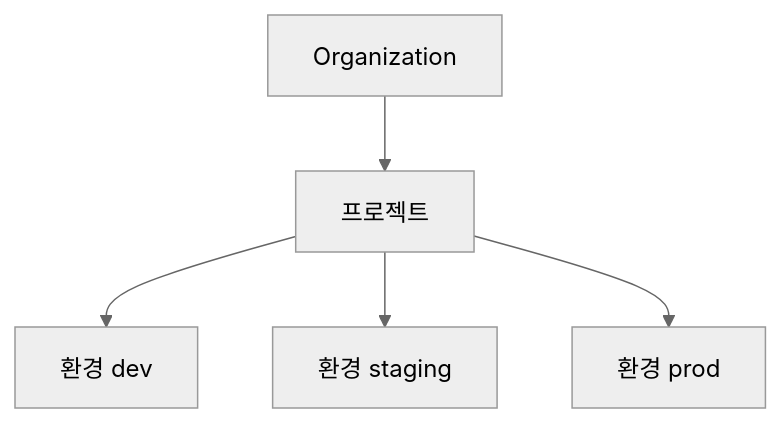
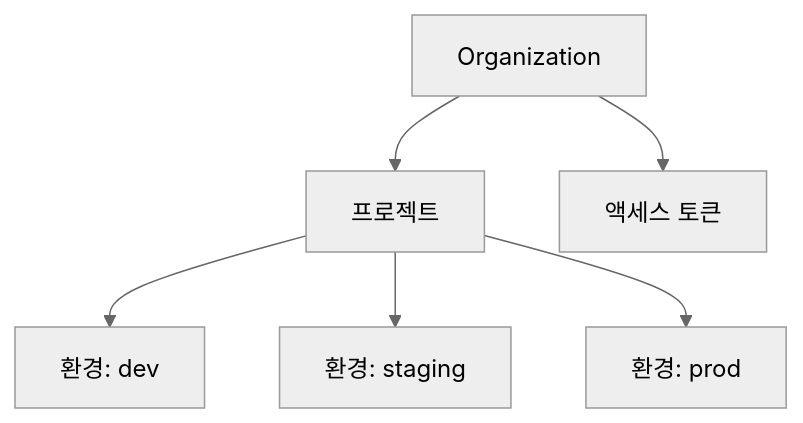
The first of 2 diagrams in ko/mcp/03-project-tools.md (popup-studio-ai/bkend-docs), drawn with Mermaid (neutral theme) before and after one commit. The commit also changed other lines of this file and 424 other files, not shown here.

````diff
--- a/ko/mcp/03-project-tools.md
+++ b/ko/mcp/03-project-tools.md
@@ -11,7 +11,8 @@
 ```mermaid
 flowchart TD
     A[Organization] --> B[프로젝트]
-    B --> C[환경 dev]
-    B --> D[환경 staging]
-    B --> E[환경 prod]
+    B --> C[환경: dev]
+    B --> D[환경: staging]
+    B --> E[환경: prod]
+    A --> F[액세스 토큰]
 ```
````
